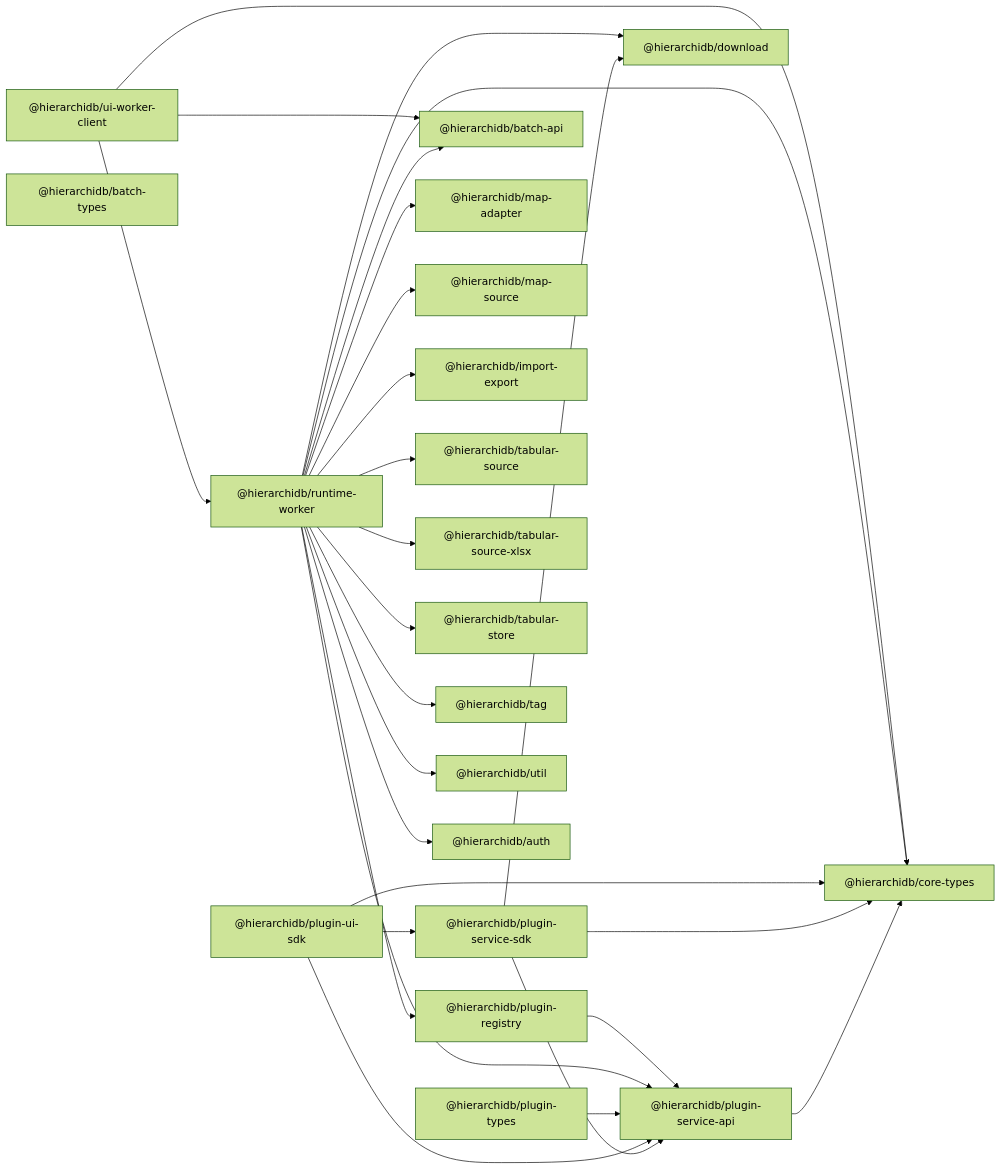
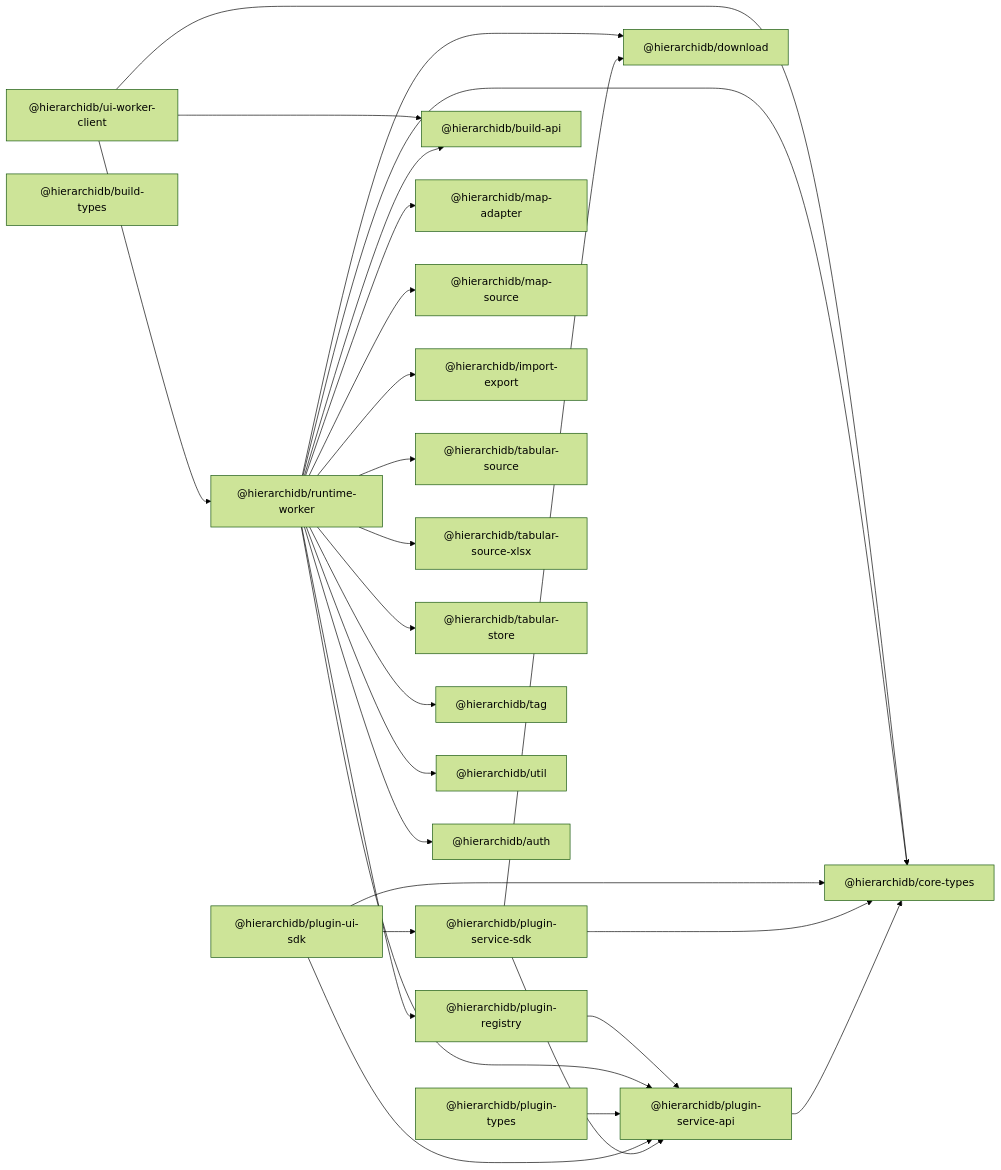
One commit to kubohiroya/hierarchidb changed the diagram in docs/plugin-core-deps.md. Above: the diagram before and after it, drawn with Mermaid (forest theme). The commit also changed 348 other files, not shown here.

Commit message:
refactor: align stage/session/task types across build stack

````diff
--- a/docs/plugin-core-deps.md
+++ b/docs/plugin-core-deps.md
@@ -1,63 +1,63 @@
 ```mermaid
 graph LR
   %% Core SDK layer
   PSA["@hierarchidb/plugin-service-api"]
   PSS["@hierarchidb/plugin-service-sdk"]
   PUI["@hierarchidb/plugin-ui-sdk"]
   PTS["@hierarchidb/plugin-types"]
   PR["@hierarchidb/plugin-registry"]
 
   %% Runtime consumers
   RW["@hierarchidb/runtime-worker"]
   RC["@hierarchidb/ui-worker-client"]
 
   %% Shared libraries (light nodes)
   CT["@hierarchidb/core-types"]
-  BA["@hierarchidb/batch-api"]
-  BT["@hierarchidb/batch-types"]
+  BA["@hierarchidb/build-api"]
+  BT["@hierarchidb/build-types"]
   DL["@hierarchidb/download"]
   MAP["@hierarchidb/map-adapter"]
   MS["@hierarchidb/map-source"]
   IE["@hierarchidb/import-export"]
   TS["@hierarchidb/tabular-source"]
   TSX["@hierarchidb/tabular-source-xlsx"]
   TST["@hierarchidb/tabular-store"]
   TAG["@hierarchidb/tag"]
   UTIL["@hierarchidb/util"]
   AUTH["@hierarchidb/auth"]
 
   %% Edges from core SDK packages
   PSA --> CT
 
   PSS --> PSA
   PSS --> CT
   PSS --> DL
 
   PUI --> PSS
   PUI --> PSA
   PUI --> CT
 
   PTS --> PSA
 
   %% Runtime dependencies
   RW --> PR
   RW --> PSA
   RW --> BA
   RW --> CT
   RW --> MAP
   RW --> MS
   RW --> IE
   RW --> DL
   RW --> TS
   RW --> TSX
   RW --> TST
   RW --> TAG
   RW --> UTIL
   RW --> AUTH
 
   RC --> RW
   RC --> BA
   RC --> CT
 
   PR --> PSA
 ```
````
